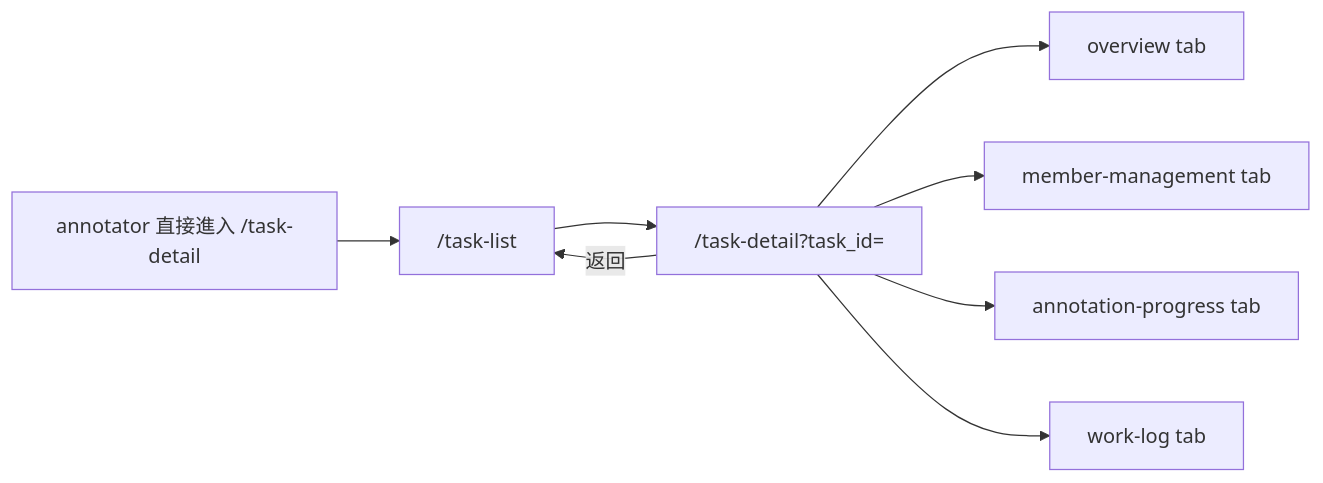
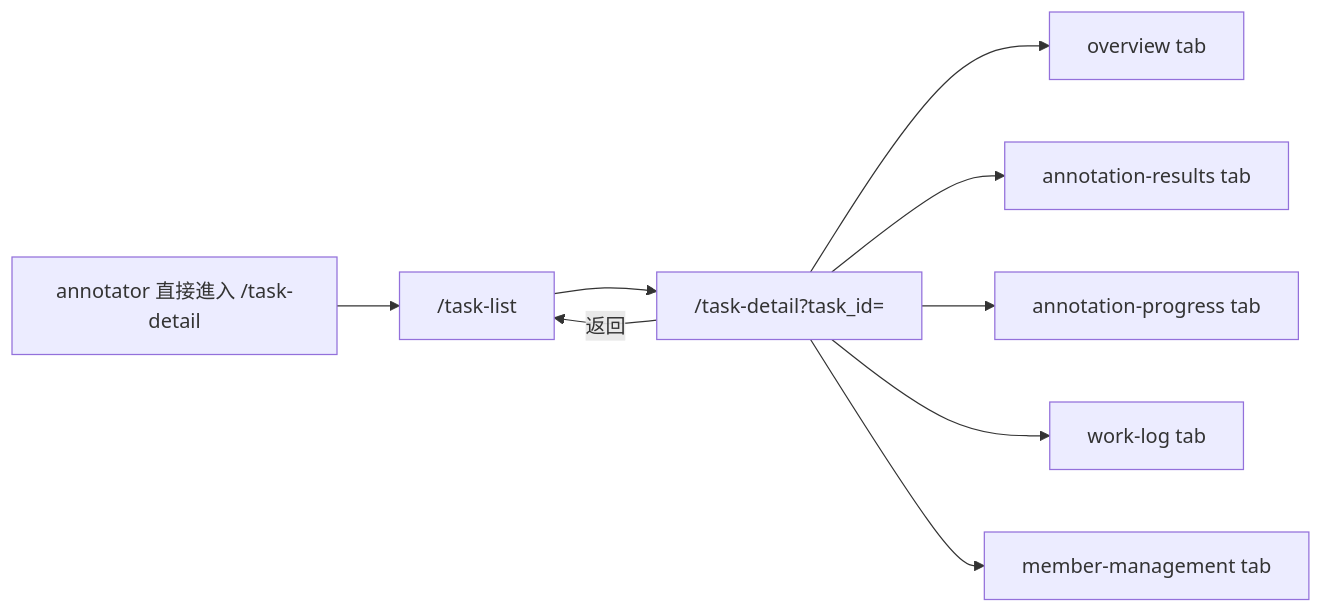
Before and after one commit to singyichen/label-suite: the second of 2 diagrams in specs/task-management/014-task-detail/spec.md, drawn with Mermaid. The commit also changed other lines of this file, not shown here.

First line of the commit message:
docs(task-management): bump spec 014 to v1.6.0 with annotation-results tab

````diff
--- a/specs/task-management/014-task-detail/spec.md
+++ b/specs/task-management/014-task-detail/spec.md
@@ -413,10 +441,11 @@
 ```mermaid
 flowchart LR
     tasklist["/task-list"] --> taskdetail["/task-detail?task_id="]
     taskdetail --> overview["overview tab"]
-    taskdetail --> member["member-management tab"]
+    taskdetail --> results["annotation-results tab"]
     taskdetail --> progress["annotation-progress tab"]
     taskdetail --> worklog["work-log tab"]
+    taskdetail --> member["member-management tab"]
     taskdetail -->|返回| tasklist
     annotatorBlocked["annotator 直接進入 /task-detail"] --> tasklist["/task-list"]
 ```
````
